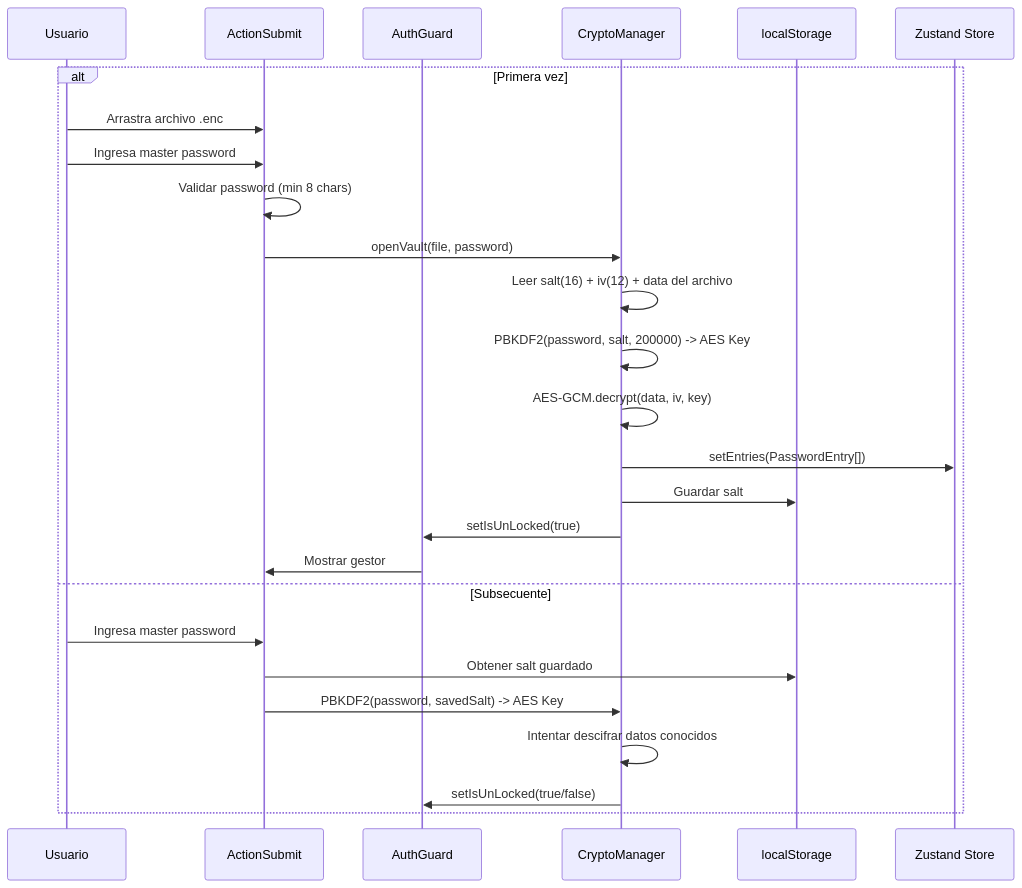
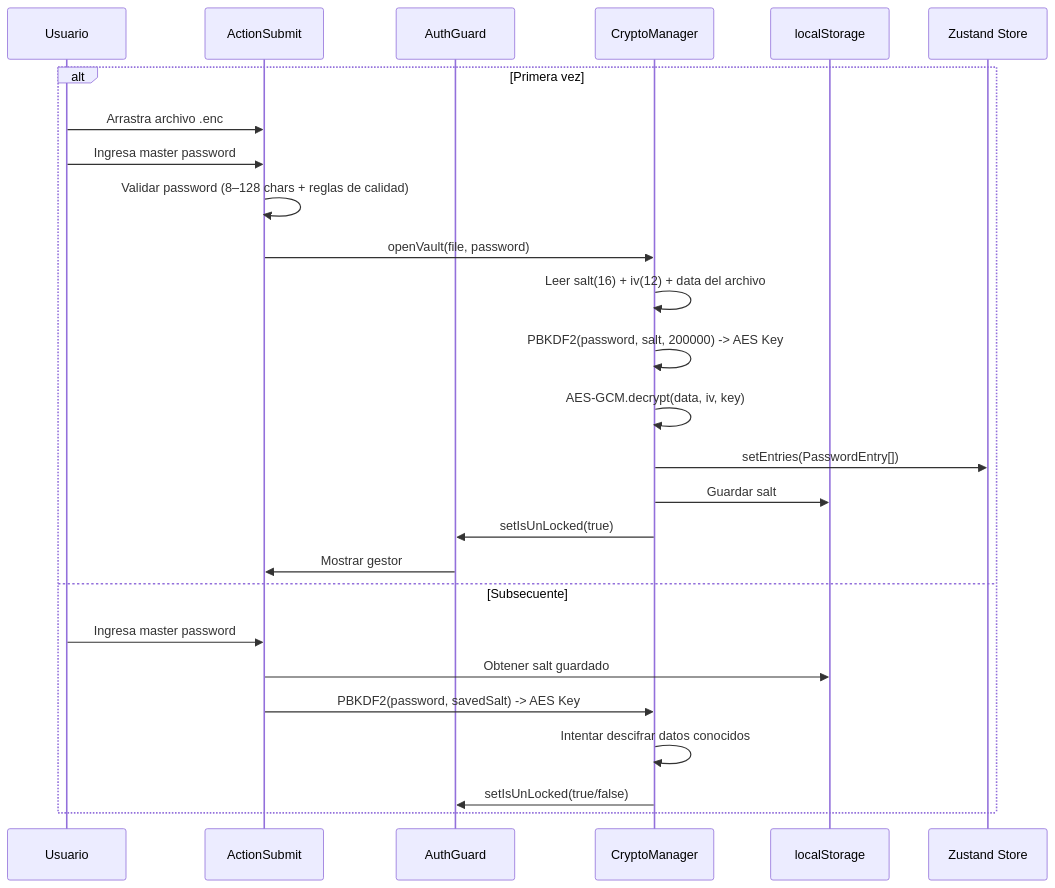
Before and after one commit to GeorgeContreras241/G--ClaveVault: the sixth of 11 diagrams in docs/DOCUMENTACION_TECNICA.md, drawn with Mermaid. The commit also changed other lines of this file and 3 other files, not shown here.

````diff
--- a/docs/DOCUMENTACION_TECNICA.md
+++ b/docs/DOCUMENTACION_TECNICA.md
@@ -994,29 +994,29 @@
 ```mermaid
 sequenceDiagram
     participant U as Usuario
     participant UI as ActionSubmit
     participant AG as AuthGuard
     participant CM as CryptoManager
     participant LS as localStorage
     participant ZS as Zustand Store
 
     alt Primera vez
         U->>UI: Arrastra archivo .enc
         U->>UI: Ingresa master password
-        UI->>UI: Validar password (min 8 chars)
+        UI->>UI: Validar password (8–128 chars + reglas de calidad)
         UI->>CM: openVault(file, password)
         CM->>CM: Leer salt(16) + iv(12) + data del archivo
         CM->>CM: PBKDF2(password, salt, 200000) -> AES Key
         CM->>CM: AES-GCM.decrypt(data, iv, key)
         CM->>ZS: setEntries(PasswordEntry[])
         CM->>LS: Guardar salt
         CM->>AG: setIsUnLocked(true)
         AG->>UI: Mostrar gestor
     else Subsecuente
         U->>UI: Ingresa master password
         UI->>LS: Obtener salt guardado
         UI->>CM: PBKDF2(password, savedSalt) -> AES Key
         CM->>CM: Intentar descifrar datos conocidos
         CM->>AG: setIsUnLocked(true/false)
     end
 ```
````
